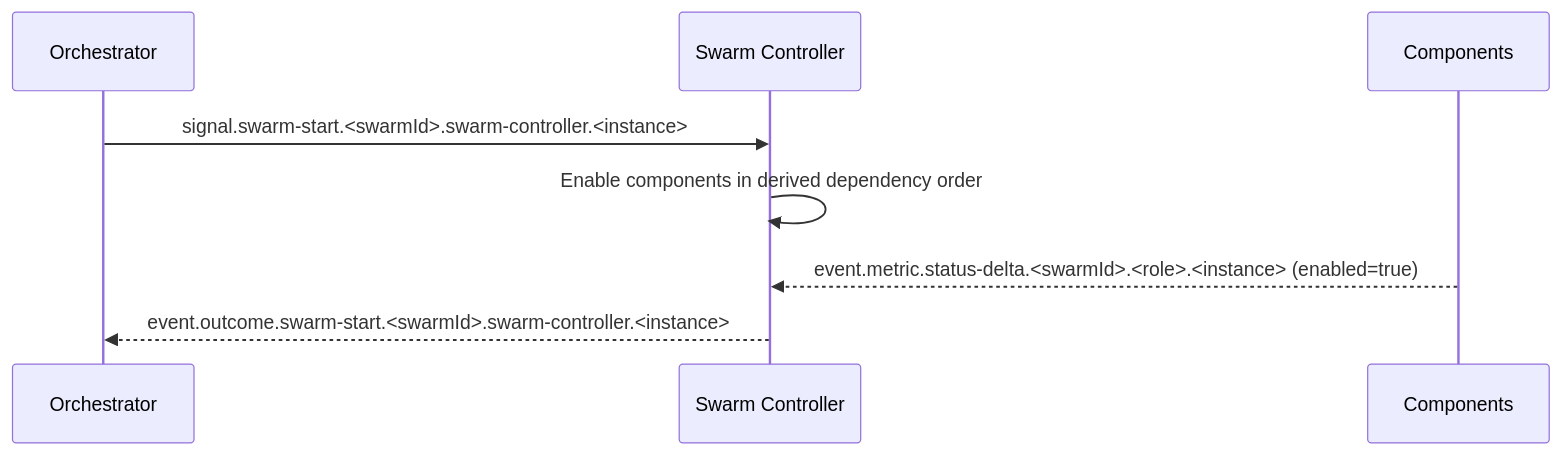
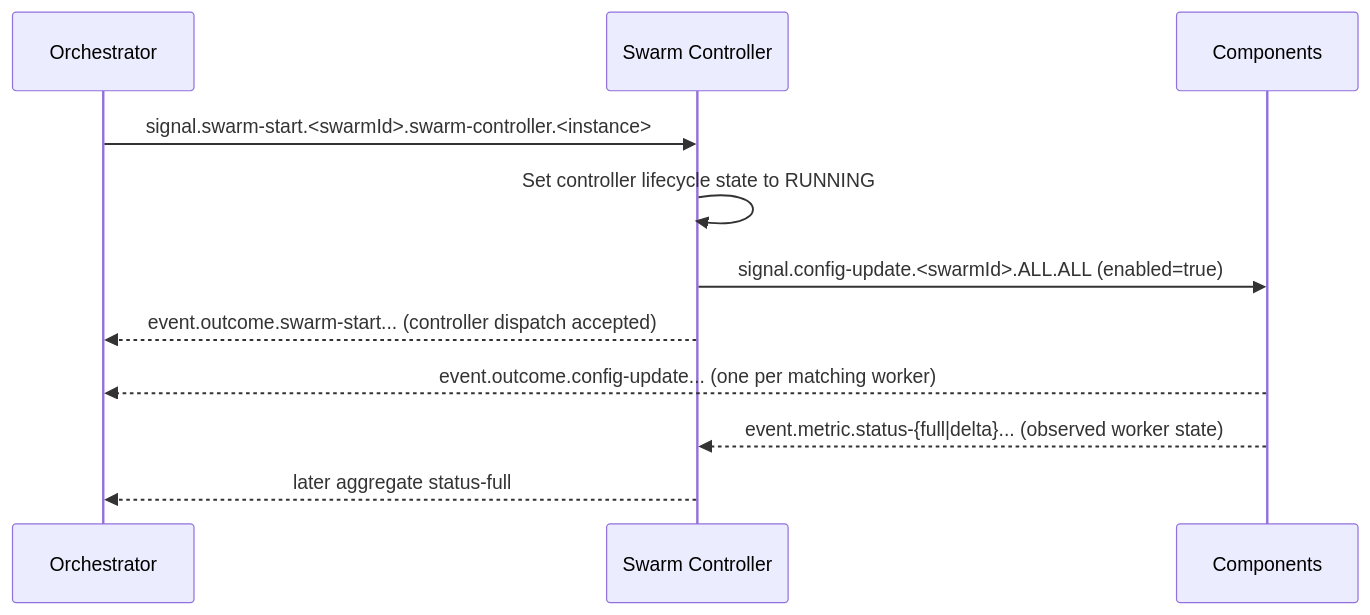
Before and after one commit to sepa79/PocketHive: the third of 7 diagrams in docs/ARCHITECTURE.md, drawn with Mermaid. The commit also changed other lines of this file and 38 other files, not shown here.

````diff
--- a/docs/ARCHITECTURE.md
+++ b/docs/ARCHITECTURE.md
@@ -587,11 +832,14 @@
 ```mermaid
 sequenceDiagram
   participant QN as Orchestrator
   participant MSH as Swarm Controller
   participant CMP as Components
 
   QN->>MSH: signal.swarm-start.<swarmId>.swarm-controller.<instance>
-  MSH->>MSH: Enable components in derived dependency order
-  CMP-->>MSH: event.metric.status-delta.<swarmId>.<role>.<instance> (enabled=true)
-  MSH-->>QN: event.outcome.swarm-start.<swarmId>.swarm-controller.<instance>
+  MSH->>MSH: Set controller lifecycle state to RUNNING
+  MSH->>CMP: signal.config-update.<swarmId>.ALL.ALL (enabled=true)
+  MSH-->>QN: event.outcome.swarm-start... (controller dispatch accepted)
+  CMP-->>QN: event.outcome.config-update... (one per matching worker)
+  CMP-->>MSH: event.metric.status-{full|delta}... (observed worker state)
+  MSH-->>QN: later aggregate status-full
 ```
````
